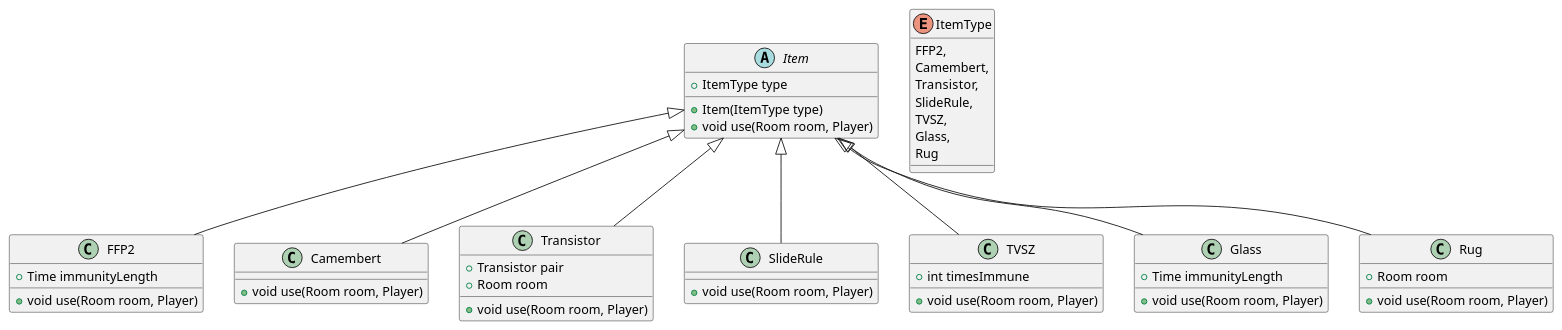
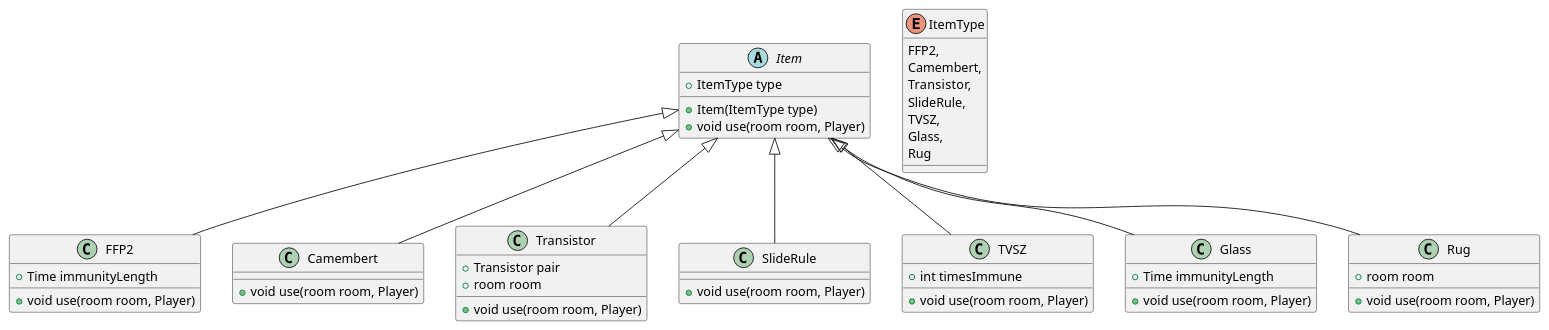
The diagram in docs/items.puml (jajecnikmarci/ProjLab), drawn with PlantUML before and after one commit. The commit also changed 17 other files, not shown here.

```diff
--- a/docs/items.puml
+++ b/docs/items.puml
@@ -1,44 +1,44 @@
 abstract Item {
  + ItemType type
  + Item(ItemType type)
- + void use(Room room, Player)
+ + void use(room room, Player)
 }
 
 class FFP2 extends Item {
  + Time immunityLength
- + void use(Room room, Player)
+ + void use(room room, Player)
 }
 class Camembert extends Item {
- + void use(Room room, Player)
+ + void use(room room, Player)
 }
 class Transistor extends Item {
  + Transistor pair
- + Room room
- + void use(Room room, Player)
+ + room room
+ + void use(room room, Player)
 }
 
 class SlideRule extends Item {
- + void use(Room room, Player)
+ + void use(room room, Player)
 }
 class TVSZ extends Item {
  + int timesImmune
- + void use(Room room, Player)
+ + void use(room room, Player)
 }
 class Glass extends Item {
  + Time immunityLength
- + void use(Room room, Player)
+ + void use(room room, Player)
 }
 class Rug extends Item {
- + Room room
- + void use(Room room, Player)
+ + room room
+ + void use(room room, Player)
 }
 
 enum ItemType {
     FFP2,
     Camembert,
     Transistor,
     SlideRule,
     TVSZ,
     Glass,
     Rug
 }
```
